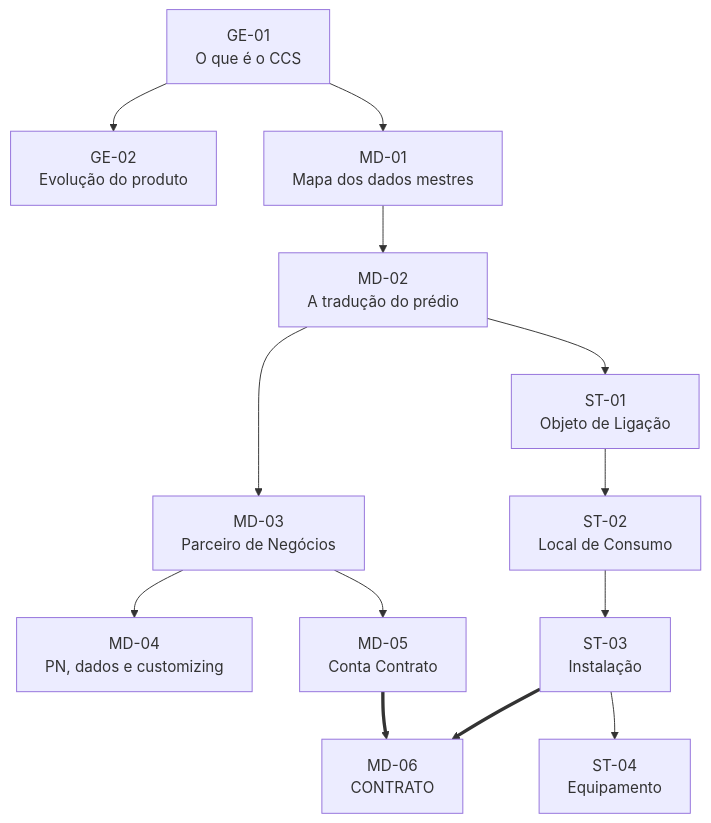
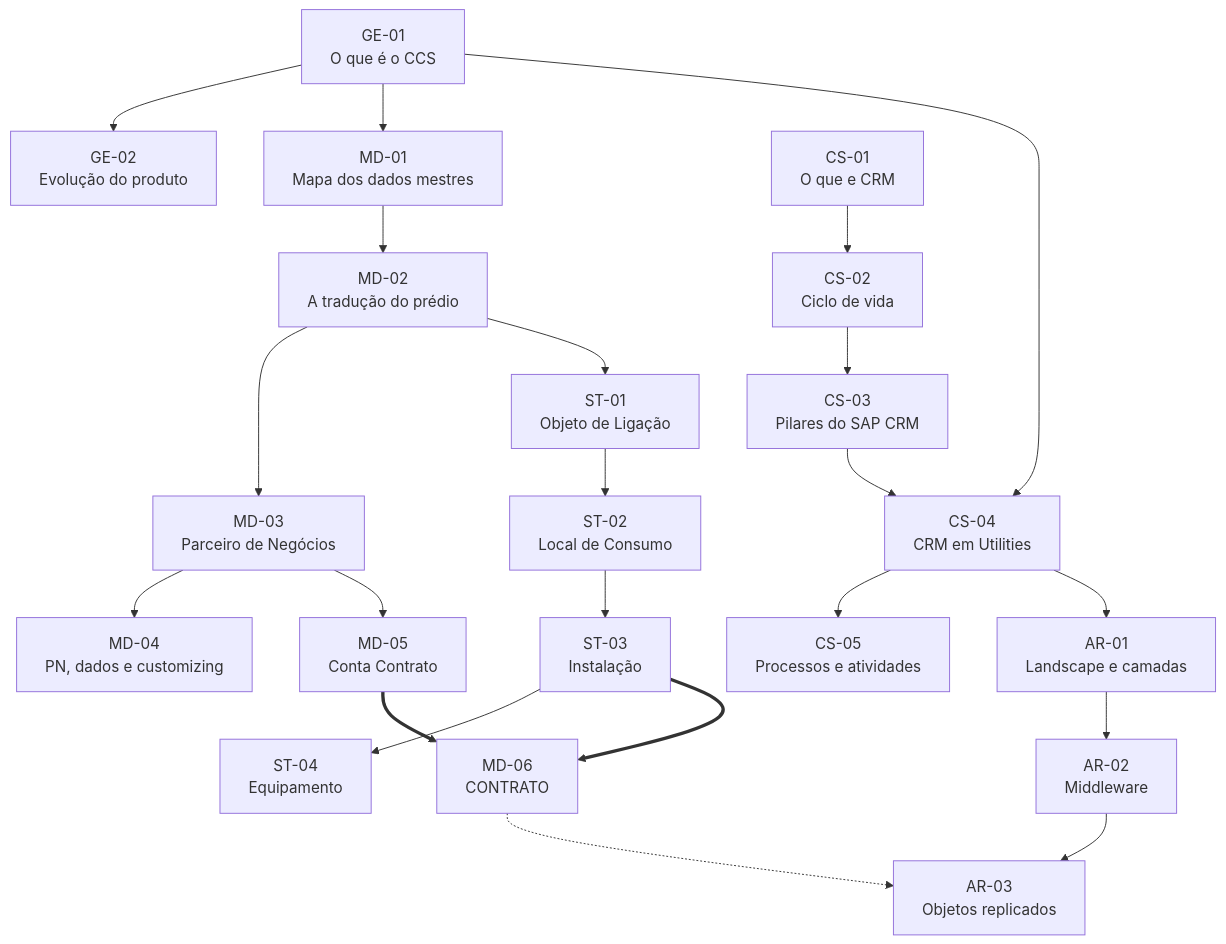
One commit to igorbueno-dev/sap-isu-br changed the diagram in notas/_DEPENDENCIAS.md. Above: the diagram before and after it, drawn with Mermaid. The commit also changed other lines of this file and 18 other files, not shown here.

````diff
--- a/notas/_DEPENDENCIAS.md
+++ b/notas/_DEPENDENCIAS.md
@@ -15,28 +15,47 @@
 ```mermaid
 flowchart TD
     GE01["GE-01<br/>O que é o CCS"]
     GE02["GE-02<br/>Evolução do produto"]
     MD01["MD-01<br/>Mapa dos dados mestres"]
     MD02["MD-02<br/>A tradução do prédio"]
     MD03["MD-03<br/>Parceiro de Negócios"]
     MD04["MD-04<br/>PN, dados e customizing"]
     MD05["MD-05<br/>Conta Contrato"]
     ST01["ST-01<br/>Objeto de Ligação"]
     ST02["ST-02<br/>Local de Consumo"]
     ST03["ST-03<br/>Instalação"]
     ST04["ST-04<br/>Equipamento"]
     MD06["MD-06<br/>CONTRATO"]
 
     GE01 --> GE02
     GE01 --> MD01
     MD01 --> MD02
     MD02 --> MD03
     MD02 --> ST01
     MD03 --> MD04
     MD03 --> MD05
     ST01 --> ST02
     ST02 --> ST03
     ST03 --> ST04
     MD05 ==> MD06
     ST03 ==> MD06
+
+    GE01 --> CS04
+    CS01 --> CS02
+    CS02 --> CS03
+    CS03 --> CS04
+    CS04 --> CS05
+    CS04 --> AR01
+    AR01 --> AR02
+    AR02 --> AR03
+    MD06 -.-> AR03
+
+    CS01["CS-01<br/>O que e CRM"]
+    CS02["CS-02<br/>Ciclo de vida"]
+    CS03["CS-03<br/>Pilares do SAP CRM"]
+    CS04["CS-04<br/>CRM em Utilities"]
+    CS05["CS-05<br/>Processos e atividades"]
+    AR01["AR-01<br/>Landscape e camadas"]
+    AR02["AR-02<br/>Middleware"]
+    AR03["AR-03<br/>Objetos replicados"]
 ```
````
